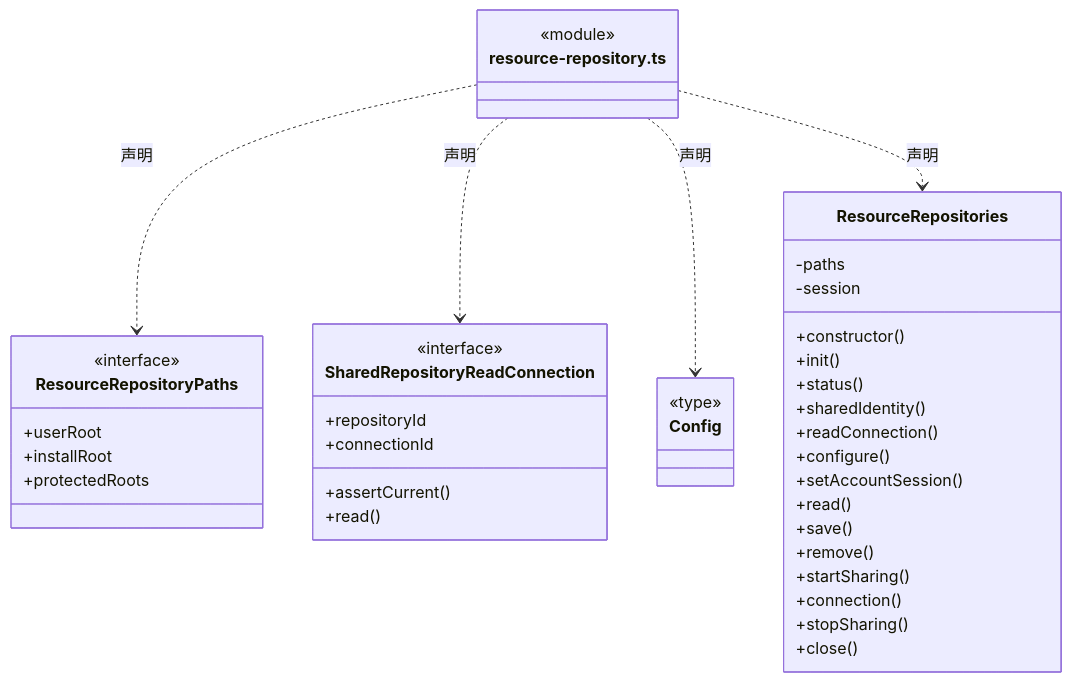
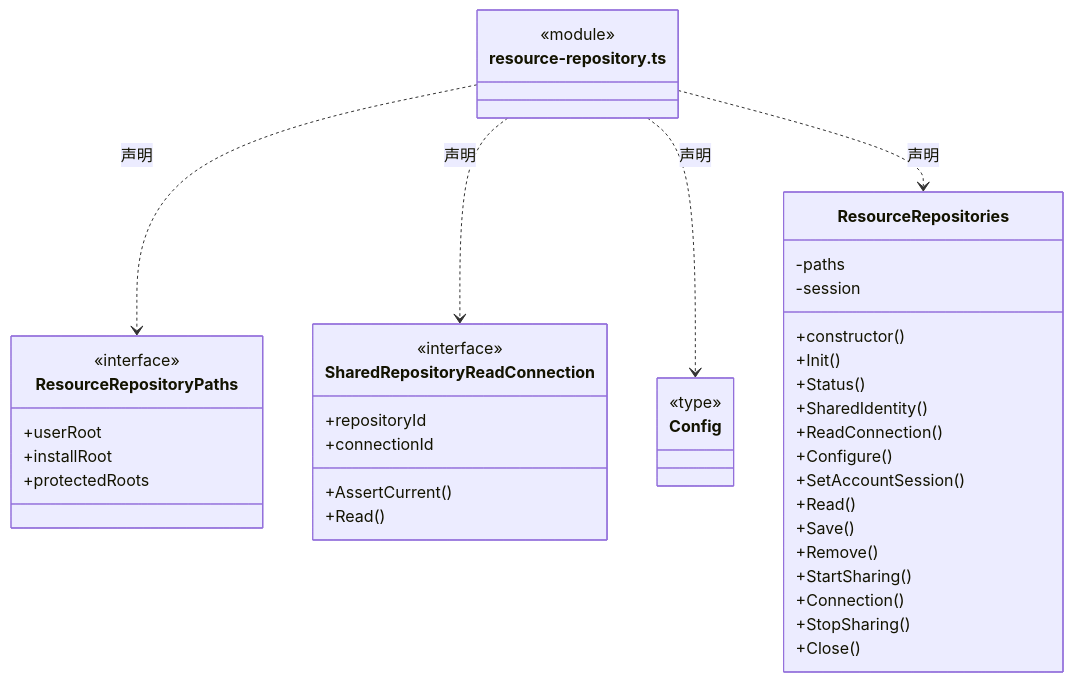
Before and after one commit to nan023062/cbim: the fourth of 8 diagrams in src/logic/resources/service/ARCHITECTURE.md, drawn with Mermaid. The commit also changed other lines of this file and 1035 other files, not shown here.

````diff
--- a/src/logic/resources/service/ARCHITECTURE.md
+++ b/src/logic/resources/service/ARCHITECTURE.md
@@ -73,45 +73,45 @@
 ```mermaid
 classDiagram
 class N_src_logic_resources_service_resource_repository_ts["resource-repository.ts"] {
   <<module>>
 }
 class N_src_logic_resources_service_resource_repository_ts_ResourceRepositoryPaths["ResourceRepositoryPaths"] {
   <<interface>>
   +userRoot
   +installRoot
   +protectedRoots
 }
 N_src_logic_resources_service_resource_repository_ts ..> N_src_logic_resources_service_resource_repository_ts_ResourceRepositoryPaths : 声明
 class N_src_logic_resources_service_resource_repository_ts_SharedRepositoryReadConnection["SharedRepositoryReadConnection"] {
   <<interface>>
   +repositoryId
   +connectionId
-  +assertCurrent()
-  +read()
+  +AssertCurrent()
+  +Read()
 }
 N_src_logic_resources_service_resource_repository_ts ..> N_src_logic_resources_service_resource_repository_ts_SharedRepositoryReadConnection : 声明
 class N_src_logic_resources_service_resource_repository_ts_Config["Config"] {
   <<type>>
 
 }
 N_src_logic_resources_service_resource_repository_ts ..> N_src_logic_resources_service_resource_repository_ts_Config : 声明
 class N_src_logic_resources_service_resource_repository_ts_ResourceRepositories["ResourceRepositories"] {
   +constructor()
-  +init()
-  +status()
-  +sharedIdentity()
-  +readConnection()
-  +configure()
-  +setAccountSession()
-  +read()
-  +save()
-  +remove()
-  +startSharing()
-  +connection()
-  +stopSharing()
-  +close()
+  +Init()
+  +Status()
+  +SharedIdentity()
+  +ReadConnection()
+  +Configure()
+  +SetAccountSession()
+  +Read()
+  +Save()
+  +Remove()
+  +StartSharing()
+  +Connection()
+  +StopSharing()
+  +Close()
   -paths
   -session
 }
 N_src_logic_resources_service_resource_repository_ts ..> N_src_logic_resources_service_resource_repository_ts_ResourceRepositories : 声明
 ```
````
